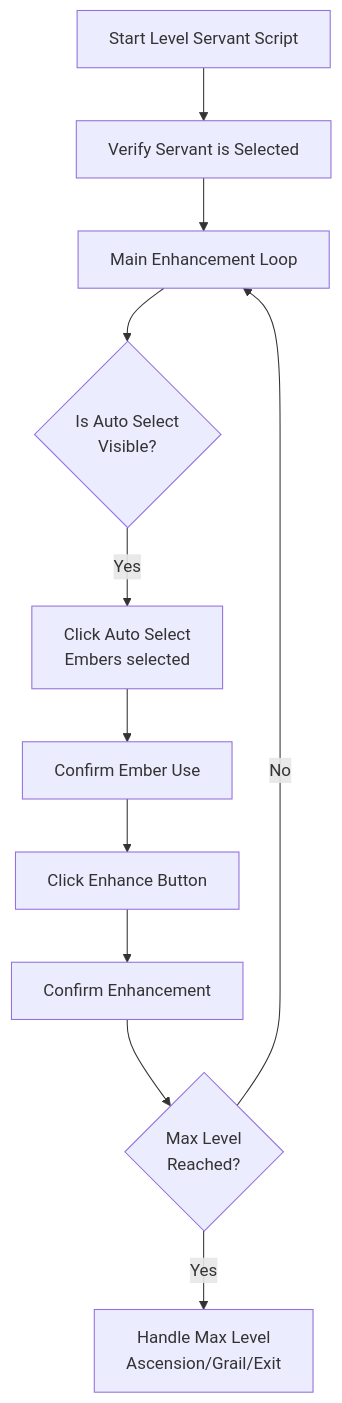
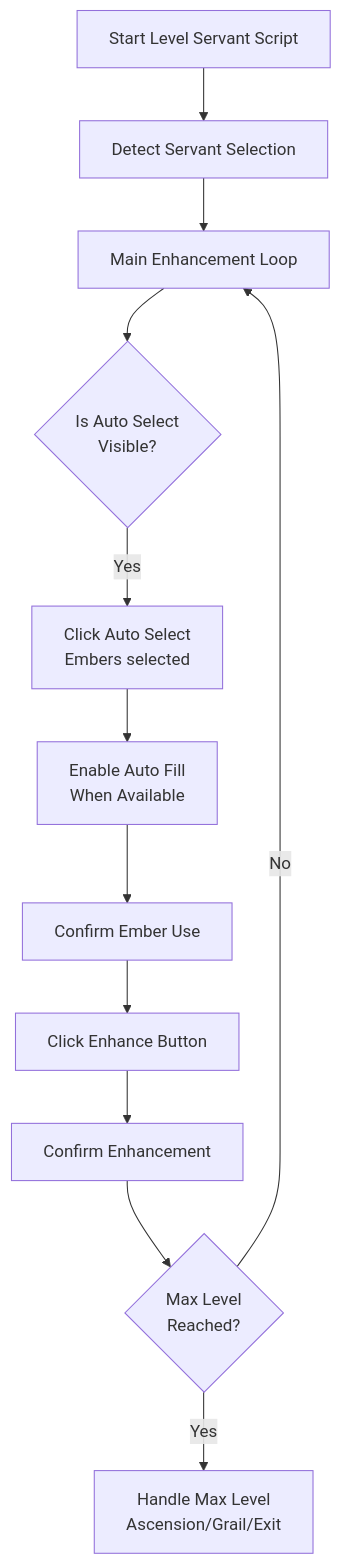
The diagram in docs/scripts/auto-level-servant.md (ArthurKun21/FGA-Preview-Build), drawn with Mermaid before and after one commit. The commit also changed other lines of this file and 164 other files, not shown here.

````diff
--- a/docs/scripts/auto-level-servant.md
+++ b/docs/scripts/auto-level-servant.md
@@ -38,13 +41,14 @@
 ```mermaid
 flowchart TD
-    A[Start Level Servant Script] --> B[Verify Servant is Selected]
+    A[Start Level Servant Script] --> B[Detect Servant Selection]
     B --> C[Main Enhancement Loop]
     C --> D{Is Auto Select<br/>Visible?}
     D -->|Yes| E[Click Auto Select<br/>Embers selected]
-    E --> F[Confirm Ember Use]
-    F --> G[Click Enhance Button]
-    G --> H[Confirm Enhancement]
-    H --> I{Max Level<br/>Reached?}
-    I -->|No| C
-    I -->|Yes| J[Handle Max Level<br/>Ascension/Grail/Exit]
+    E --> F[Enable Auto Fill<br/>When Available]
+    F --> G[Confirm Ember Use]
+    G --> H[Click Enhance Button]
+    H --> I[Confirm Enhancement]
+    I --> J{Max Level<br/>Reached?}
+    J -->|No| C
+    J -->|Yes| K[Handle Max Level<br/>Ascension/Grail/Exit]
 ```
````
